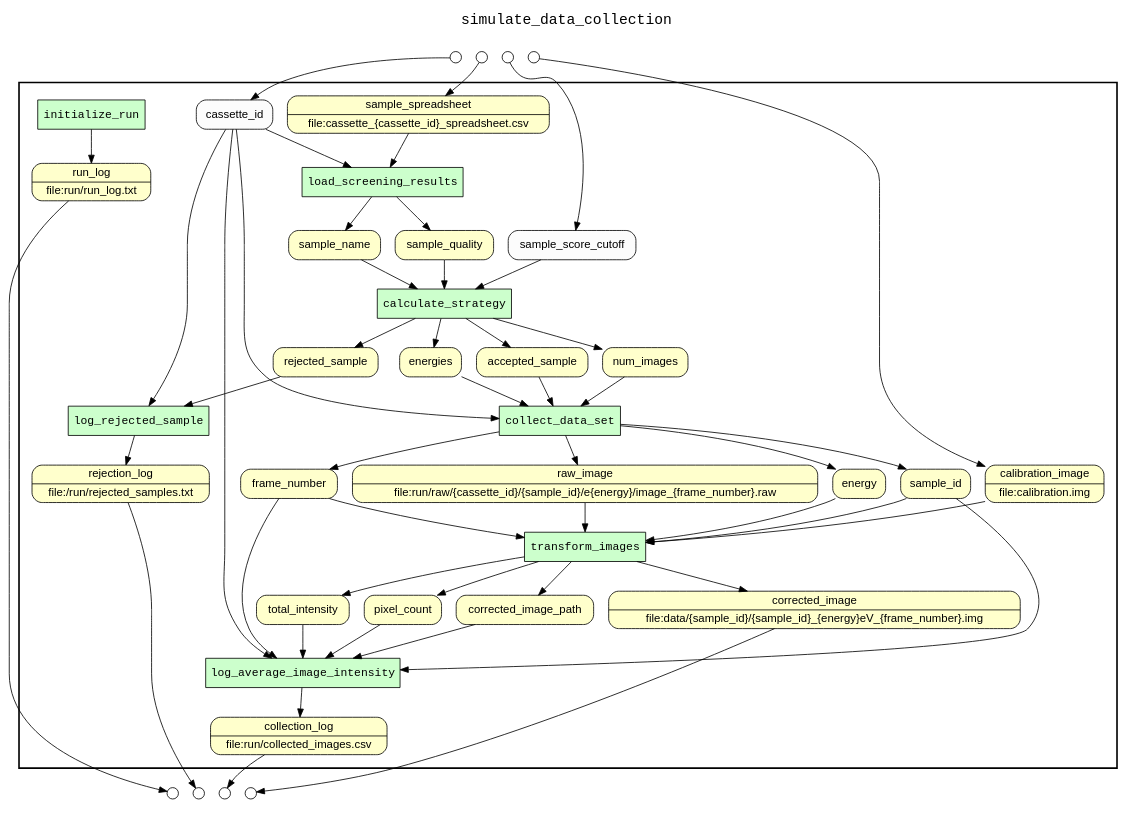
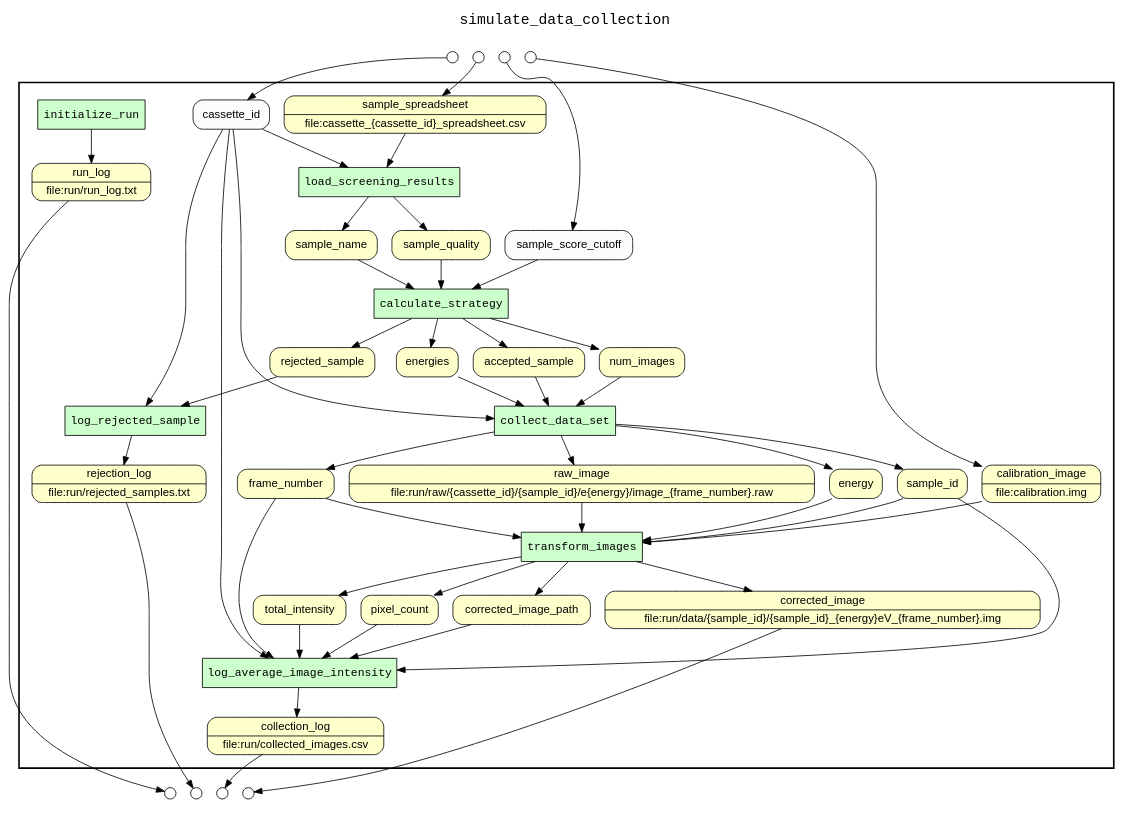
The diagram in src/main/resources/examples/simulate_data_collection/combined.gv (yesworkflow-org/yw-prototypes), drawn with Graphviz before and after one commit. The commit also changed 3 other files, not shown here.

```diff
--- a/src/main/resources/examples/simulate_data_collection/combined.gv
+++ b/src/main/resources/examples/simulate_data_collection/combined.gv
@@ -1,146 +1,146 @@
 
 /* Start of top-level graph */
 digraph Workflow {
 rankdir=TB
 
 /* Title for graph */
 fontname=Courier; fontsize=18; labelloc=t
 label=simulate_data_collection
 
 /* Start of double cluster for drawing box around nodes in workflow */
 subgraph cluster_workflow_box_outer { label=""; color=black; penwidth=2
 subgraph cluster_workflow_box_inner { label=""; color=white
 
 /* Style for nodes representing atomic programs in workflow */
 node[shape=box style=filled fillcolor="#CCFFCC" peripheries=1 fontname=Courier]
 
 /* Nodes representing atomic programs in workflow */
 initialize_run
 load_screening_results
 calculate_strategy
 log_rejected_sample
 collect_data_set
 transform_images
 log_average_image_intensity
 
 /* Style for nodes representing non-parameter data channels in workflow */
 node[shape=box style="rounded,filled" fillcolor="#FFFFCC" peripheries=1 fontname=Helvetica]
 
 /* Nodes for non-parameter data channels in workflow */
-corrected_image [shape=record rankdir=LR label="{<f0> corrected_image |<f1> file\:data/\{sample_id\}/\{sample_id\}_\{energy\}eV_\{frame_number\}.img}"];
+corrected_image [shape=record rankdir=LR label="{<f0> corrected_image |<f1> file\:run/data/\{sample_id\}/\{sample_id\}_\{energy\}eV_\{frame_number\}.img}"];
 run_log [shape=record rankdir=LR label="{<f0> run_log |<f1> file\:run/run_log.txt}"];
 collection_log [shape=record rankdir=LR label="{<f0> collection_log |<f1> file\:run/collected_images.csv}"];
-rejection_log [shape=record rankdir=LR label="{<f0> rejection_log |<f1> file\:/run/rejected_samples.txt}"];
+rejection_log [shape=record rankdir=LR label="{<f0> rejection_log |<f1> file\:run/rejected_samples.txt}"];
 sample_spreadsheet [shape=record rankdir=LR label="{<f0> sample_spreadsheet |<f1> file\:cassette_\{cassette_id\}_spreadsheet.csv}"];
 sample_name
 sample_quality
 rejected_sample
 accepted_sample
 num_images
 energies
 sample_id
 energy
 frame_number
 raw_image [shape=record rankdir=LR label="{<f0> raw_image |<f1> file\:run/raw/\{cassette_id\}/\{sample_id\}/e\{energy\}/image_\{frame_number\}.raw}"];
 calibration_image [shape=record rankdir=LR label="{<f0> calibration_image |<f1> file\:calibration.img}"];
 corrected_image_path
 total_intensity
 pixel_count
 
 /* Style for nodes representing parameter channels in workflow */
 node[shape=box style="rounded,filled" fillcolor="#FCFCFC" peripheries=1 fontname=Helvetica]
 
 /* Nodes representing parameter channels in workflow */
 cassette_id
 sample_score_cutoff
 
 /* Edges representing connections between programs and channels */
 initialize_run -> run_log
 load_screening_results -> sample_name
 load_screening_results -> sample_quality
 cassette_id -> load_screening_results
 sample_spreadsheet -> load_screening_results
 calculate_strategy -> accepted_sample
 calculate_strategy -> rejected_sample
 calculate_strategy -> num_images
 calculate_strategy -> energies
 sample_score_cutoff -> calculate_strategy
 sample_name -> calculate_strategy
 sample_quality -> calculate_strategy
 log_rejected_sample -> rejection_log
 cassette_id -> log_rejected_sample
 rejected_sample -> log_rejected_sample
 collect_data_set -> sample_id
 collect_data_set -> energy
 collect_data_set -> frame_number
 collect_data_set -> raw_image
 cassette_id -> collect_data_set
 accepted_sample -> collect_data_set
 num_images -> collect_data_set
 energies -> collect_data_set
 transform_images -> corrected_image
 transform_images -> corrected_image_path
 transform_images -> total_intensity
 transform_images -> pixel_count
 sample_id -> transform_images
 energy -> transform_images
 frame_number -> transform_images
 raw_image -> transform_images
 calibration_image -> transform_images
 log_average_image_intensity -> collection_log
 cassette_id -> log_average_image_intensity
 sample_id -> log_average_image_intensity
 frame_number -> log_average_image_intensity
 corrected_image_path -> log_average_image_intensity
 total_intensity -> log_average_image_intensity
 pixel_count -> log_average_image_intensity
 
 /* End of double cluster for drawing box around nodes in workflow */
 }}
 
 /* Hidden double-cluster for grouping workflow input ports */
 subgraph cluster_input_ports_group_outer { label=""; color=white
 subgraph cluster_input_ports_group_inner { label=""; color=white
 
 /* Style for nodes representing workflow input ports */
 node[shape=circle style="rounded,filled" fillcolor="#FFFFFF" peripheries=1 fontname=Helvetica width=0.2]
 
 /* Nodes representing workflow input ports */
 cassette_id_input_port [label=""]
 sample_score_cutoff_input_port [label=""]
 sample_spreadsheet_input_port [label=""]
 calibration_image_input_port [label=""]
 
 /* End of double-cluster for grouping workflow input ports */
 }}
 
 /* Hidden double-cluster for grouping workflow output ports */
 subgraph cluster_output_ports_group_outer { label=""; color=white
 subgraph cluster_output_ports_group_inner { label=""; color=white
 
 /* Style for nodes representing workflow output ports */
 node[shape=circle style="rounded,filled" fillcolor="#FFFFFF" peripheries=1 fontname=Helvetica width=0.2]
 
 /* Nodes representing workflow output ports */
 corrected_image_output_port [label=""]
 run_log_output_port [label=""]
 collection_log_output_port [label=""]
 rejection_log_output_port [label=""]
 
 /* End of double-cluster for grouping workflow output ports */
 }}
 
 /* Edges from input ports to channels */
 cassette_id_input_port -> cassette_id
 sample_score_cutoff_input_port -> sample_score_cutoff
 sample_spreadsheet_input_port -> sample_spreadsheet
 calibration_image_input_port -> calibration_image
 
 /* Edges from channels to output ports */
 corrected_image -> corrected_image_output_port
 run_log -> run_log_output_port
 collection_log -> collection_log_output_port
 rejection_log -> rejection_log_output_port
 
 /* End of top-level graph */
 }
```
